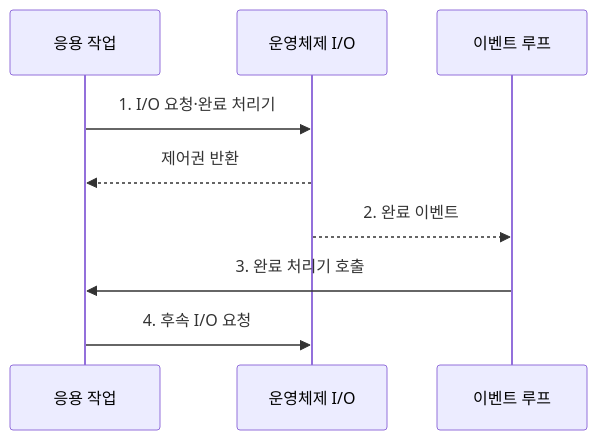
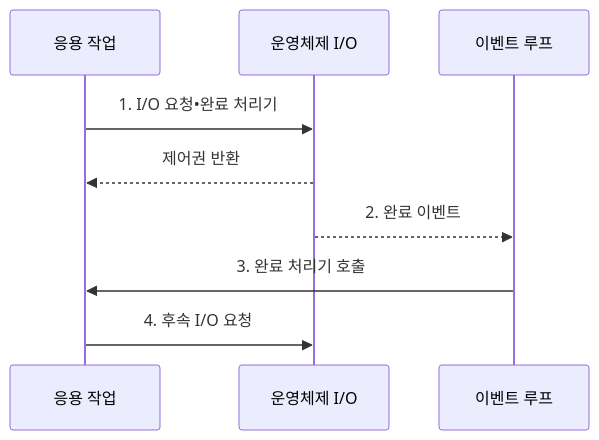
One commit to agnusdei1207/knowledge-base changed the second of 2 diagrams in src/content/docs/notes/03-software/026_async_io_event_loop.md. Above: the diagram before and after it, drawn with Mermaid. The commit also changed other lines of this file and 953 other files, not shown here.

````diff
--- a/src/content/docs/notes/03-software/026_async_io_event_loop.md
+++ b/src/content/docs/notes/03-software/026_async_io_event_loop.md
@@ -111,11 +111,11 @@
 ```mermaid
 sequenceDiagram
     participant A as 응용 작업
     participant K as 운영체제 I/O
     participant L as 이벤트 루프
-    A->>K: 1. I/O 요청·완료 처리기
+    A->>K: 1. I/O 요청•완료 처리기
     K-->>A: 제어권 반환
     K-->>L: 2. 완료 이벤트
     L->>A: 3. 완료 처리기 호출
     A->>K: 4. 후속 I/O 요청
 ```
````
